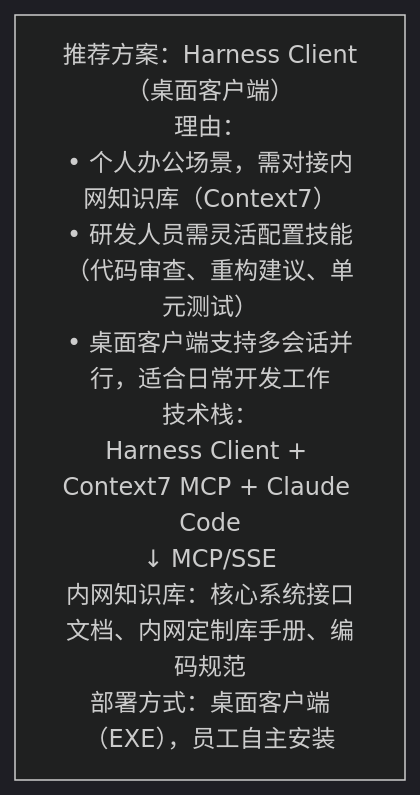
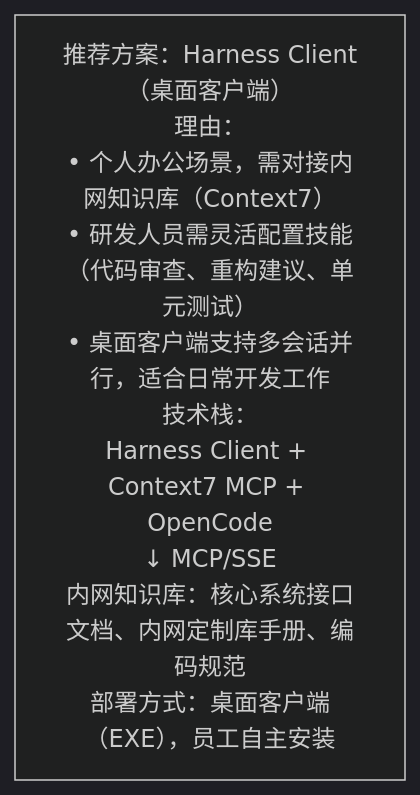
One commit to wonglaitung/splan changed the ninth of 32 diagrams in 1. 银行大模型本地化落地与AI转型全景规划书.md. Above: the diagram before and after it, drawn with Mermaid (dark theme). The commit also changed other lines of this file and 12 other files, not shown here.

First line of the commit message:
chore: 项目迁移至 OpenCode，移除 Claude 内容

````diff
--- a/1. 银行大模型本地化落地与AI转型全景规划书.md
+++ b/1. 银行大模型本地化落地与AI转型全景规划书.md
@@ -328,4 +328,4 @@
 ```mermaid
 flowchart TB
-  N["推荐方案：Harness Client（桌面客户端）<br/>理由：<br/>• 个人办公场景，需对接内网知识库（Context7）<br/>• 研发人员需灵活配置技能（代码审查、重构建议、单元测试）<br/>• 桌面客户端支持多会话并行，适合日常开发工作<br/>技术栈：<br/>Harness Client + Context7 MCP + Claude Code<br/>↓ MCP/SSE<br/>内网知识库：核心系统接口文档、内网定制库手册、编码规范<br/>部署方式：桌面客户端（EXE），员工自主安装"]
+  N["推荐方案：Harness Client（桌面客户端）<br/>理由：<br/>• 个人办公场景，需对接内网知识库（Context7）<br/>• 研发人员需灵活配置技能（代码审查、重构建议、单元测试）<br/>• 桌面客户端支持多会话并行，适合日常开发工作<br/>技术栈：<br/>Harness Client + Context7 MCP + OpenCode<br/>↓ MCP/SSE<br/>内网知识库：核心系统接口文档、内网定制库手册、编码规范<br/>部署方式：桌面客户端（EXE），员工自主安装"]
 ```
````
